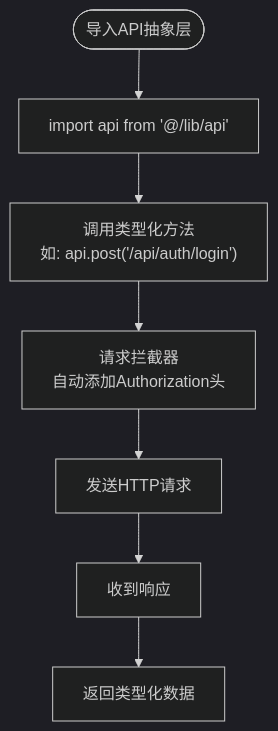
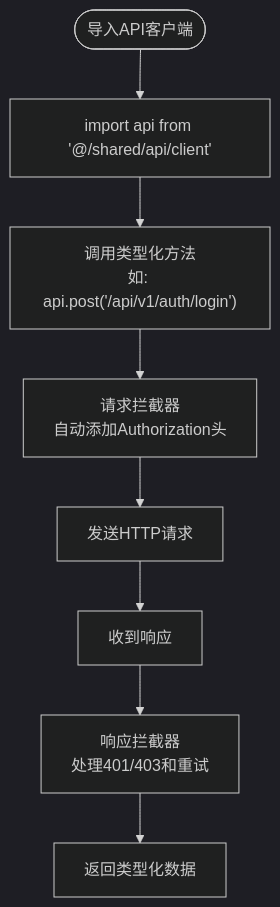
One commit to breeze-lyf/ai-stock-advisor changed the third of 8 diagrams in .qoder/repowiki/zh/content/前端开发指南/API集成模式.md. Above: the diagram before and after it, drawn with Mermaid (dark theme). The commit also changed other lines of this file and 52 other files, not shown here.

````diff
--- a/.qoder/repowiki/zh/content/前端开发指南/API集成模式.md
+++ b/.qoder/repowiki/zh/content/前端开发指南/API集成模式.md
@@ -155,9 +191,10 @@
 ```mermaid
 flowchart TD
-Start(["导入API抽象层"]) --> Import["import api from '@/lib/api'"]
-Import --> Method["调用类型化方法<br/>如: api.post('/api/auth/login')"]
+Start(["导入API客户端"]) --> Import["import api from '@/shared/api/client'"]
+Import --> Method["调用类型化方法<br/>如: api.post('/api/v1/auth/login')"]
 Method --> InterReq["请求拦截器<br/>自动添加Authorization头"]
 InterReq --> Send["发送HTTP请求"]
 Send --> Resp["收到响应"]
-Resp --> Return["返回类型化数据"]
+Resp --> InterResp["响应拦截器<br/>处理401/403和重试"]
+InterResp --> Return["返回类型化数据"]
 ```
````
